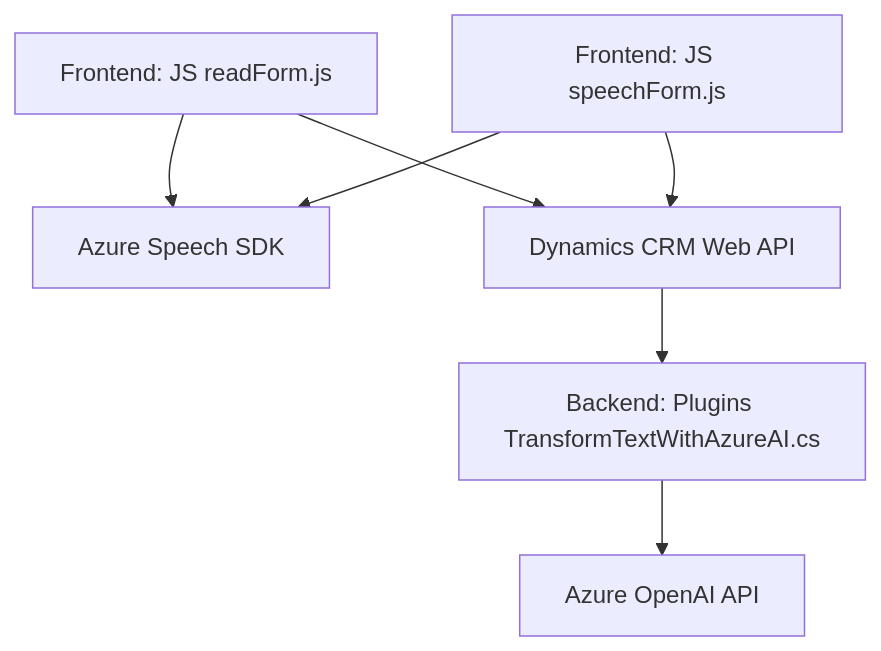
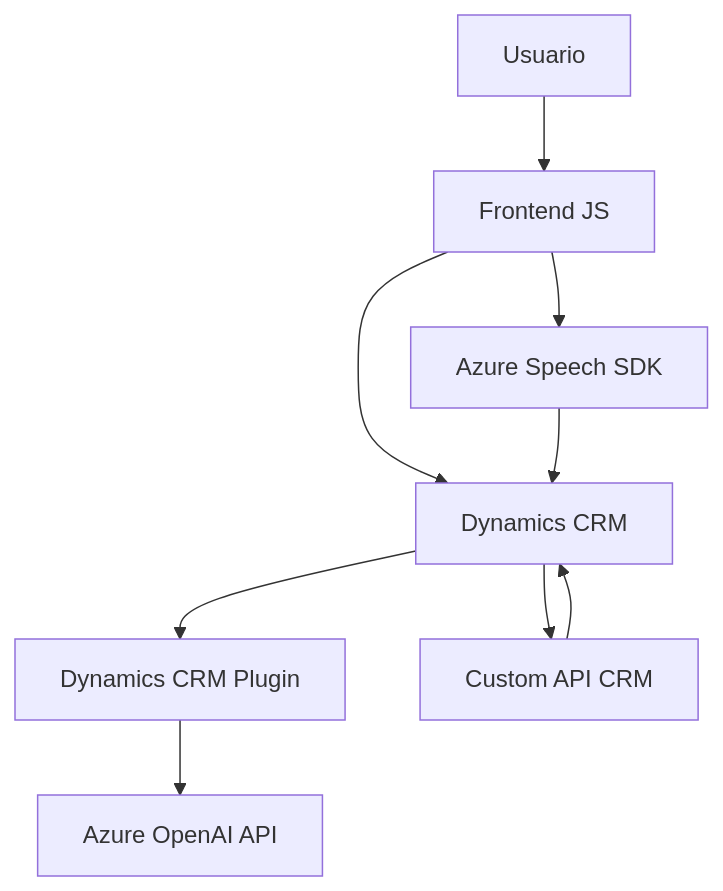
Before and after one commit to blopezdm/NETCORE_BILBAO2025: the diagram in README.md, drawn with Mermaid. The commit also changed other lines of this file, not shown here.

````diff
--- a/README.md
+++ b/README.md
@@ -61,9 +55,19 @@
 ```mermaid
 graph TD
-    A["Frontend: JS readForm.js"] --> B["Azure Speech SDK"]
-    A --> C["Dynamics CRM Web API"]
-    D["Frontend: JS speechForm.js"] --> B
-    D --> C
-    C --> E["Backend: Plugins TransformTextWithAzureAI.cs"]
-    E --> F["Azure OpenAI API"]
+    A["Frontend JS"]
+    B["Azure Speech SDK"]
+    C["Dynamics CRM Plugin"]
+    D["Azure OpenAI API"]
+    E["Custom API CRM"]
+    F["Dynamics CRM"]
+    G["Usuario"]
+
+    A --> B
+    A --> F
+    B --> F
+    F --> C
+    C --> D
+    F --> E
+    E --> F
+    G --> A
 ```
````
